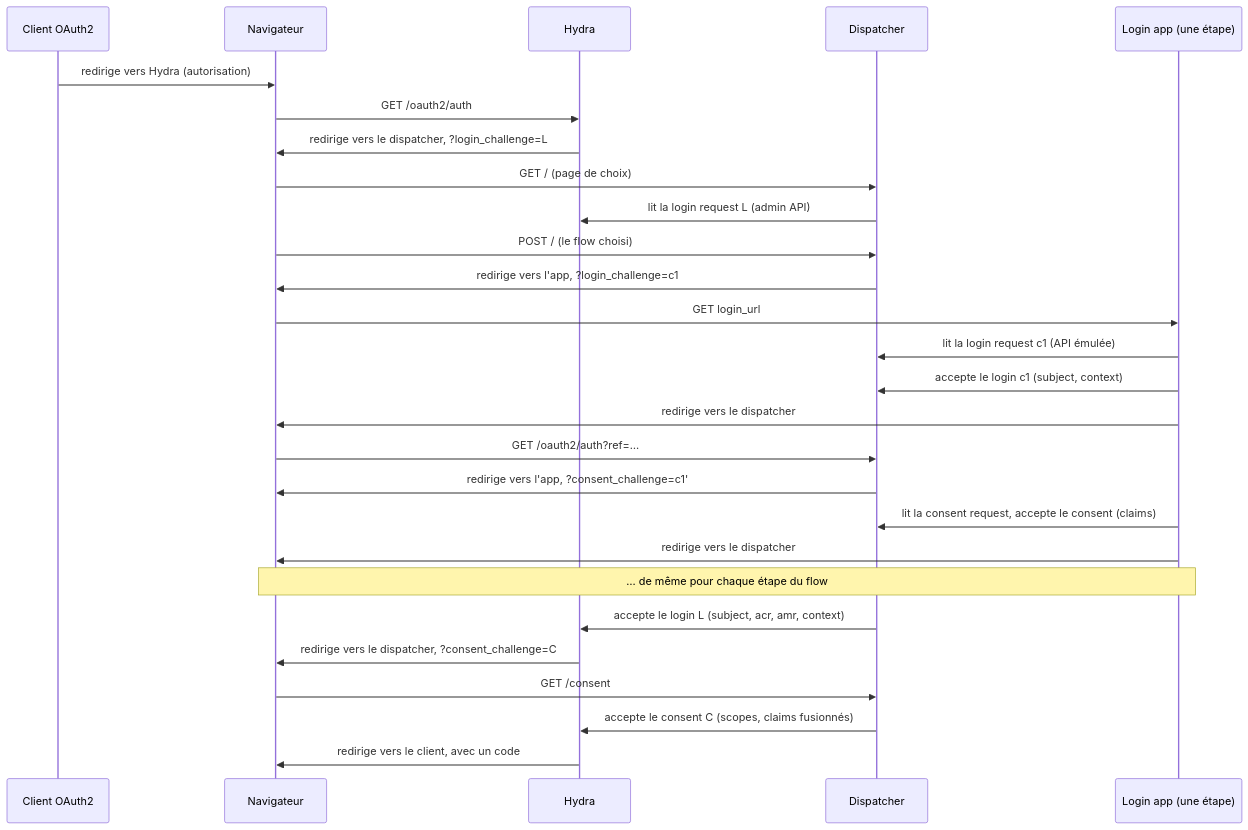
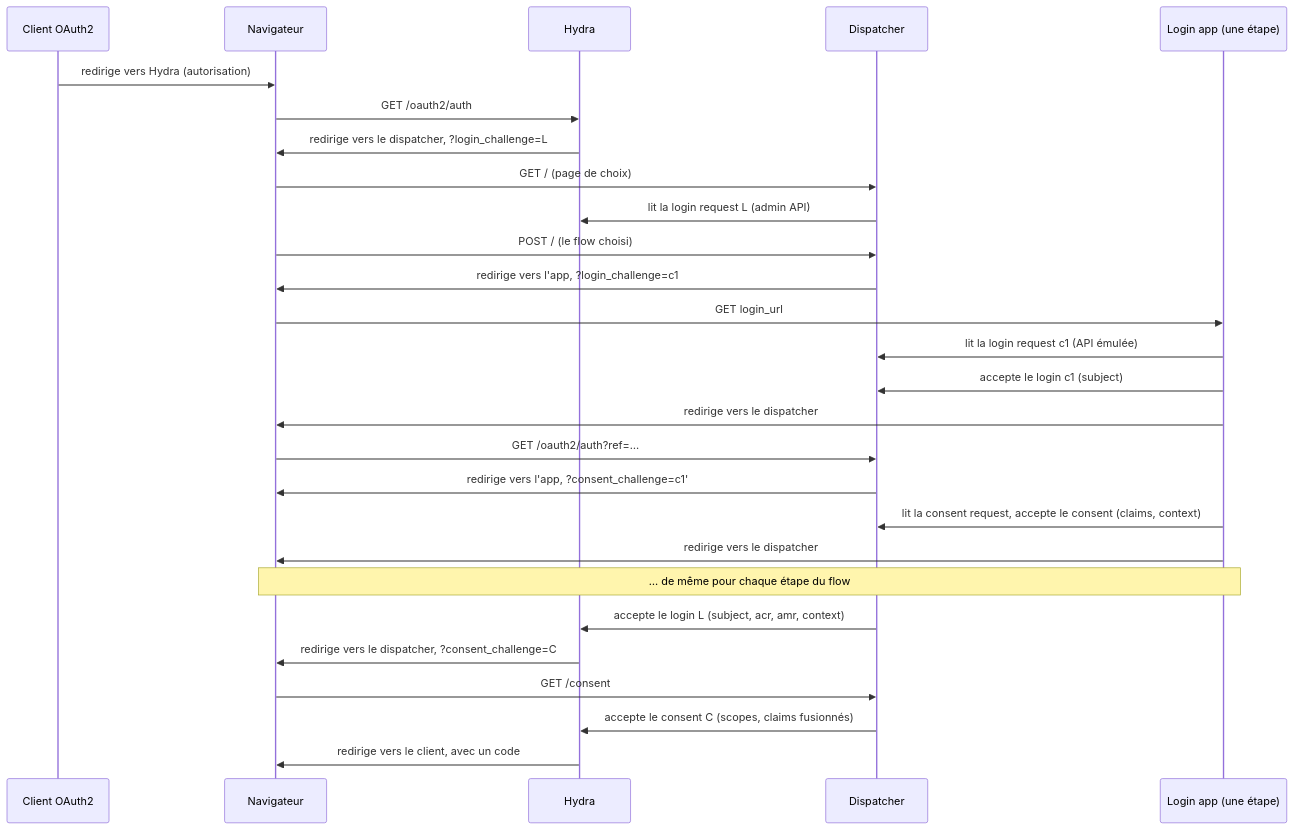
One commit to Cadoles/hydra-dispatcher-go changed the diagram in docs/comprendre.md. Above: the diagram before and after it, drawn with Mermaid. The commit also changed other lines of this file and 4 other files, not shown here.

````diff
--- a/docs/comprendre.md
+++ b/docs/comprendre.md
@@ -23,29 +23,29 @@
 ```mermaid
 sequenceDiagram
   participant C as Client OAuth2
   participant N as Navigateur
   participant H as Hydra
   participant D as Dispatcher
   participant A as Login app (une étape)
   C->>N: redirige vers Hydra (autorisation)
   N->>H: GET /oauth2/auth
   H->>N: redirige vers le dispatcher, ?login_challenge=L
   N->>D: GET / (page de choix)
   D->>H: lit la login request L (admin API)
   N->>D: POST / (le flow choisi)
   D->>N: redirige vers l'app, ?login_challenge=c1
   N->>A: GET login_url
   A->>D: lit la login request c1 (API émulée)
-  A->>D: accepte le login c1 (subject, context)
+  A->>D: accepte le login c1 (subject)
   A->>N: redirige vers le dispatcher
   N->>D: GET /oauth2/auth?ref=…
   D->>N: redirige vers l'app, ?consent_challenge=c1'
-  A->>D: lit la consent request, accepte le consent (claims)
+  A->>D: lit la consent request, accepte le consent (claims, context)
   A->>N: redirige vers le dispatcher
   Note over N,A: … de même pour chaque étape du flow
   D->>H: accepte le login L (subject, acr, amr, context)
   H->>N: redirige vers le dispatcher, ?consent_challenge=C
   N->>D: GET /consent
   D->>H: accepte le consent C (scopes, claims fusionnés)
   H->>N: redirige vers le client, avec un code
 ```
````
